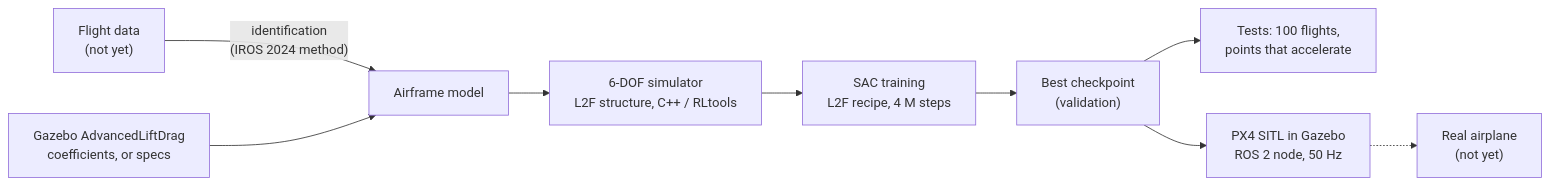
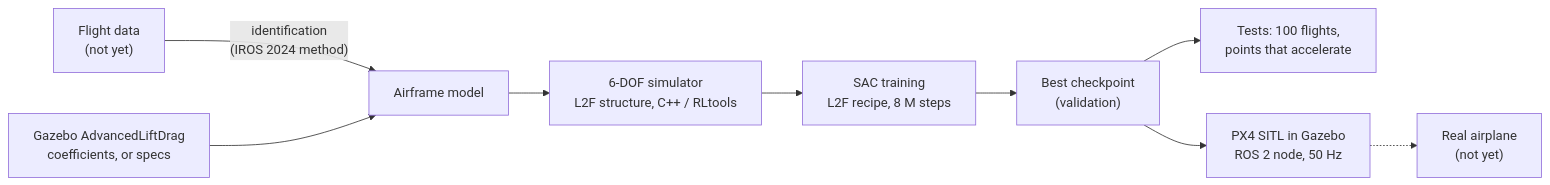
The diagram in README.md (clementdumeril/Fixed-Wing), drawn with Mermaid before and after one commit. The commit also changed other lines of this file and 604 other files, not shown here.

Commit message:
Training time against precision: smaller critics lose the precision, 8M steps give 1.4 m

````diff
--- a/README.md
+++ b/README.md
@@ -31,11 +31,11 @@
 ```mermaid
 flowchart LR
     A["Flight data<br/>(not yet)"] -->|"identification<br/>(IROS 2024 method)"| B["Airframe model"]
     G["Gazebo AdvancedLiftDrag<br/>coefficients, or specs"] --> B
     B --> C["6-DOF simulator<br/>L2F structure, C++ / RLtools"]
-    C --> D["SAC training<br/>L2F recipe, 4 M steps"]
+    C --> D["SAC training<br/>L2F recipe, 8 M steps"]
     D --> E["Best checkpoint<br/>(validation)"]
     E --> F["Tests: 100 flights,<br/>points that accelerate"]
     E --> H["PX4 SITL in Gazebo<br/>ROS 2 node, 50 Hz"]
     H -.-> I["Real airplane<br/>(not yet)"]
 ```
````
